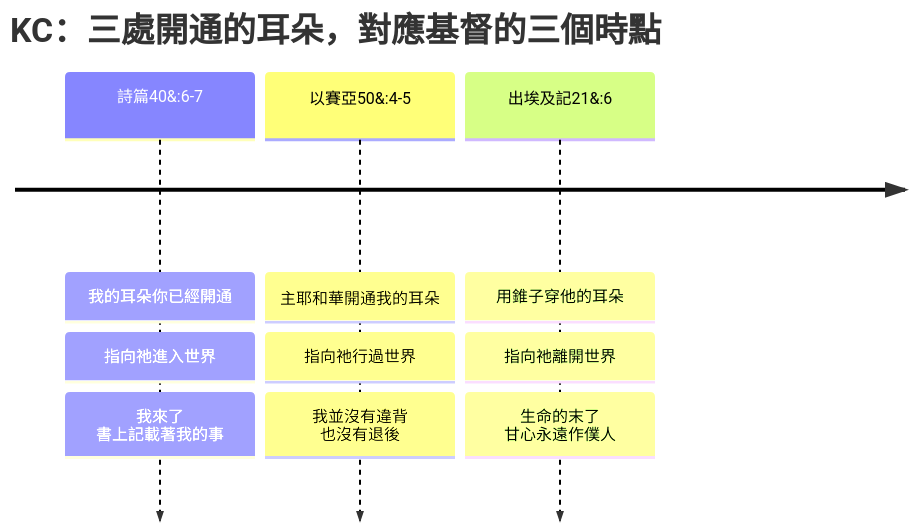
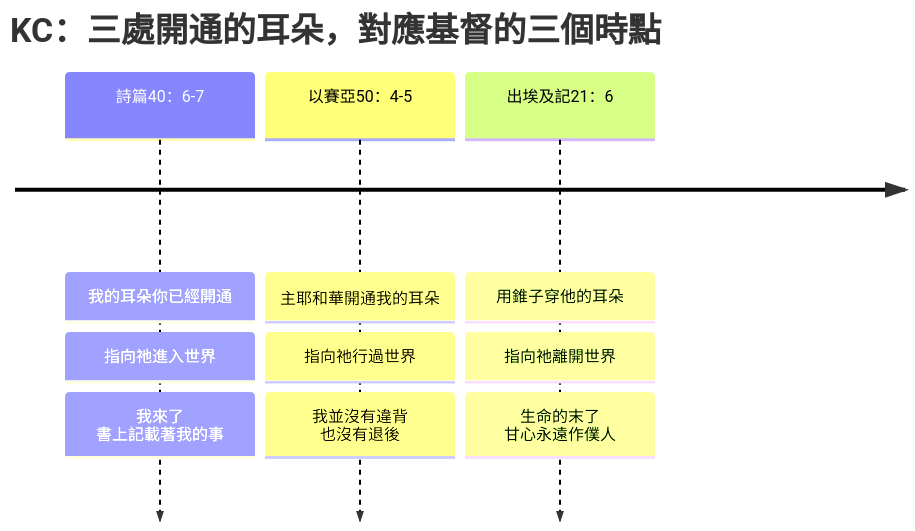
Before and after one commit to andyjr5566/Bible_wiki_zh: the second of 3 diagrams in 02 出埃及記/第21章.md, drawn with Mermaid. The commit also changed 9 other files, not shown here.

````diff
--- a/02 出埃及記/第21章.md
+++ b/02 出埃及記/第21章.md
@@ -273,7 +273,7 @@
 ```mermaid
 timeline
   title KC：三處開通的耳朵，對應基督的三個時點
-  詩篇40&#58;6-7 : 我的耳朵你已經開通 : 指向祂進入世界 : 我來了 書上記載著我的事
-  以賽亞50&#58;4-5 : 主耶和華開通我的耳朵 : 指向祂行過世界 : 我並沒有違背 也沒有退後
-  出埃及記21&#58;6 : 用錐子穿他的耳朵 : 指向祂離開世界 : 生命的末了 甘心永遠作僕人
+  詩篇40：6-7 : 我的耳朵你已經開通 : 指向祂進入世界 : 我來了 書上記載著我的事
+  以賽亞50：4-5 : 主耶和華開通我的耳朵 : 指向祂行過世界 : 我並沒有違背 也沒有退後
+  出埃及記21：6 : 用錐子穿他的耳朵 : 指向祂離開世界 : 生命的末了 甘心永遠作僕人
 ```
````
